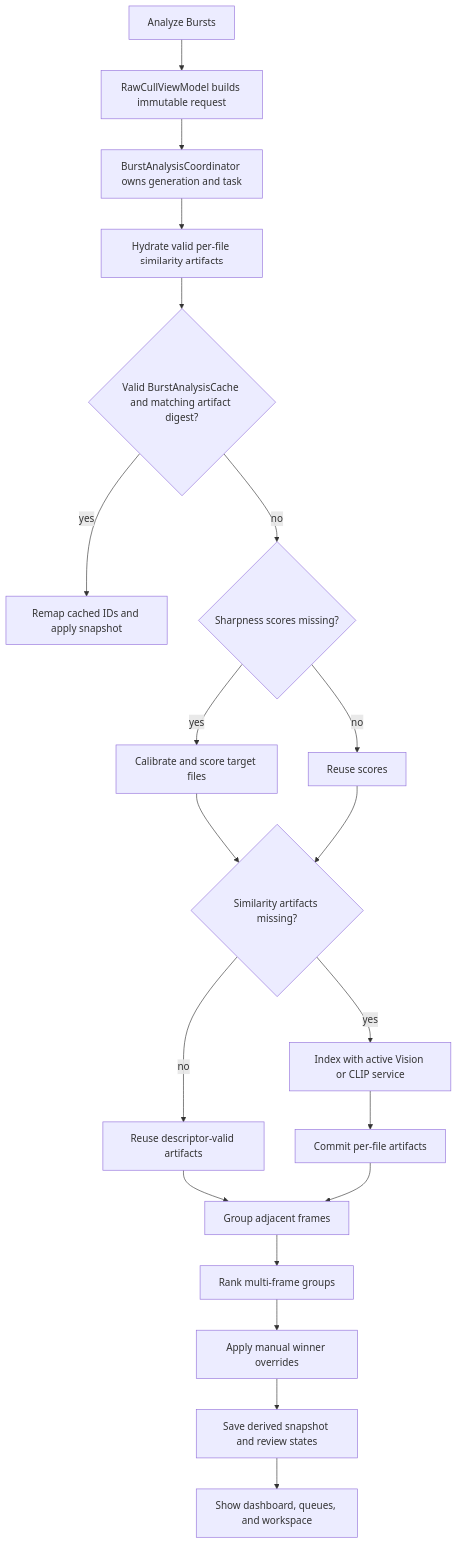
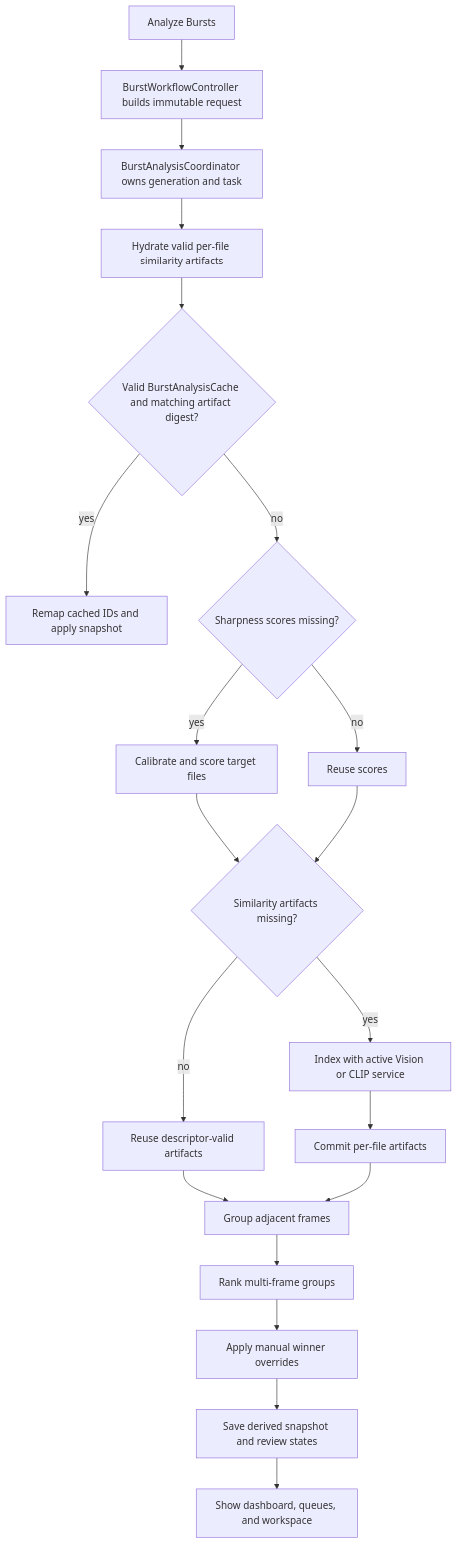
One commit to rsyncOSX/TechDocRawcull changed the diagram in content/en/docs/burstgroup.md. Above: the diagram before and after it, drawn with Mermaid. The commit also changed other lines of this file and 41 other files, not shown here.

````diff
--- a/content/en/docs/burstgroup.md
+++ b/content/en/docs/burstgroup.md
@@ -54,22 +54,22 @@
 ```mermaid
 flowchart TD
-    A["Analyze Bursts"] --> B["RawCullViewModel builds immutable request"]
+    A["Analyze Bursts"] --> B["BurstWorkflowController builds immutable request"]
     B --> C["BurstAnalysisCoordinator owns generation and task"]
     C --> H0["Hydrate valid per-file similarity artifacts"]
     H0 --> D{"Valid BurstAnalysisCache and matching artifact digest?"}
     D -->|"yes"| E["Remap cached IDs and apply snapshot"]
     D -->|"no"| F{"Sharpness scores missing?"}
     F -->|"yes"| G["Calibrate and score target files"]
     F -->|"no"| H["Reuse scores"]
     G --> I{"Similarity artifacts missing?"}
     H --> I
     I -->|"yes"| J["Index with active Vision or CLIP service"]
     I -->|"no"| K["Reuse descriptor-valid artifacts"]
     J --> L["Commit per-file artifacts"]
     K --> M["Group adjacent frames"]
     L --> M
     M --> N["Rank multi-frame groups"]
     N --> O["Apply manual winner overrides"]
     O --> P["Save derived snapshot and review states"]
     P --> Q["Show dashboard, queues, and workspace"]
 ```
````
